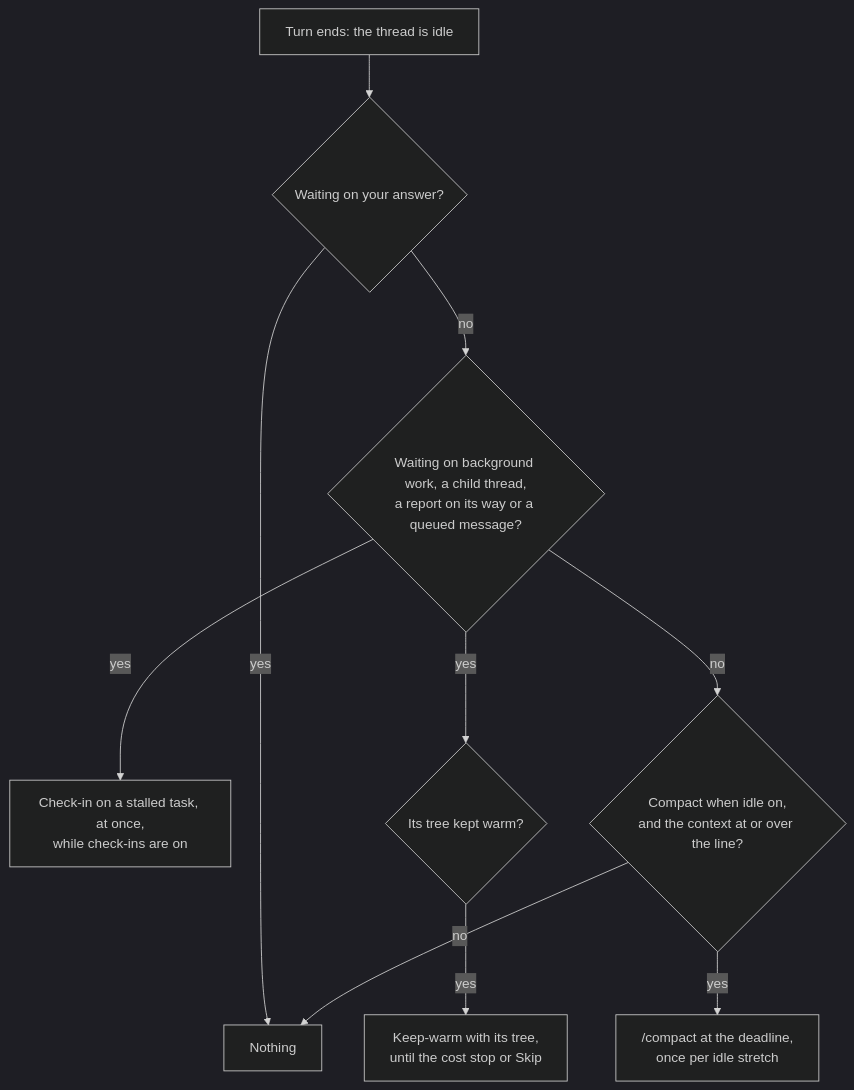
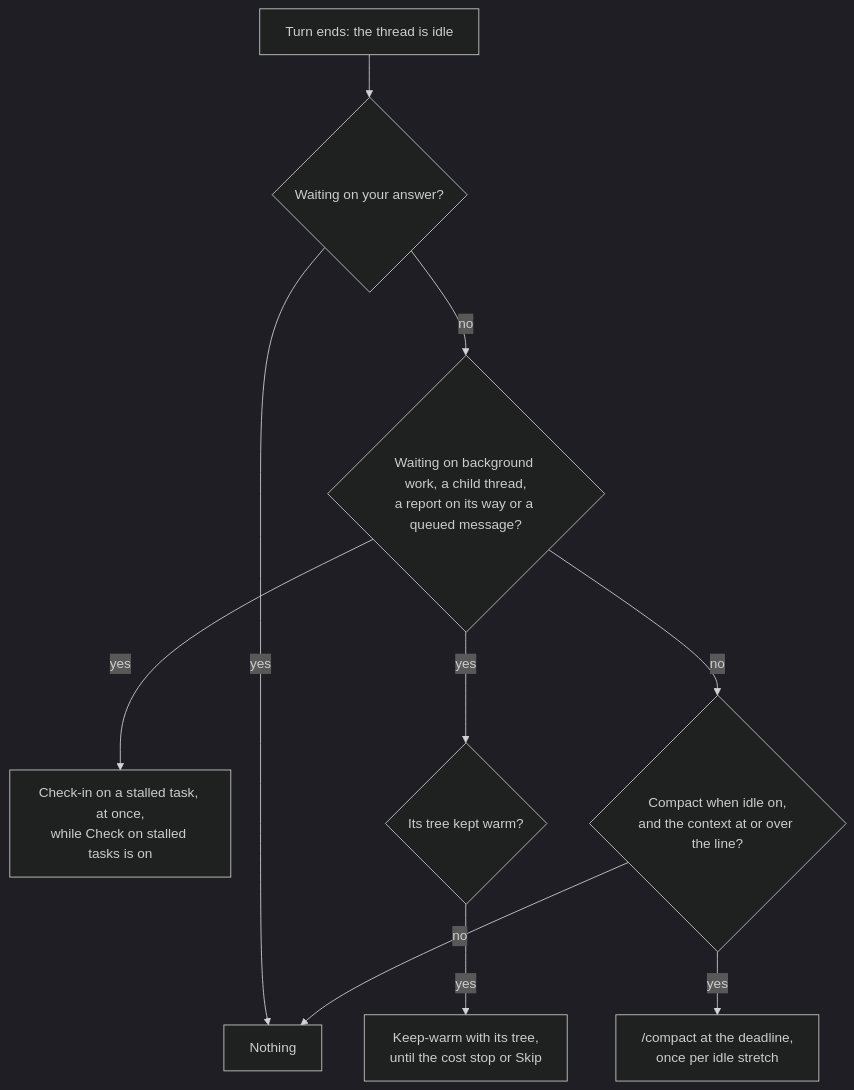
The first of 3 diagrams in docs/explanation/cache-keeper-timing.md (gperezmz/bb-plugins), drawn with Mermaid (dark theme) before and after one commit. The commit also changed other lines of this file and 4 other files, not shown here.

````diff
--- a/docs/explanation/cache-keeper-timing.md
+++ b/docs/explanation/cache-keeper-timing.md
@@ -5,12 +5,12 @@
 ```mermaid
 flowchart TB
   idle["Turn ends: the thread is idle"] --> question{"Waiting on your answer?"}
   question -->|yes| nothing["Nothing"]
   question -->|no| waiting{"Waiting on background work, a child thread,<br/>a report on its way or a queued message?"}
-  waiting -->|yes| stalled["Check-in on a stalled task, at once,<br/>while check-ins are on"]
+  waiting -->|yes| stalled["Check-in on a stalled task, at once,<br/>while Check on stalled tasks is on"]
   waiting -->|yes| kept{"Its tree kept warm?"}
   kept -->|yes| warm["Keep-warm with its tree,<br/>until the cost stop or Skip"]
   waiting -->|no| on{"Compact when idle on,<br/>and the context at or over the line?"}
   on -->|yes| compact["/compact at the deadline,<br/>once per idle stretch"]
   on -->|no| nothing
 ```
````
